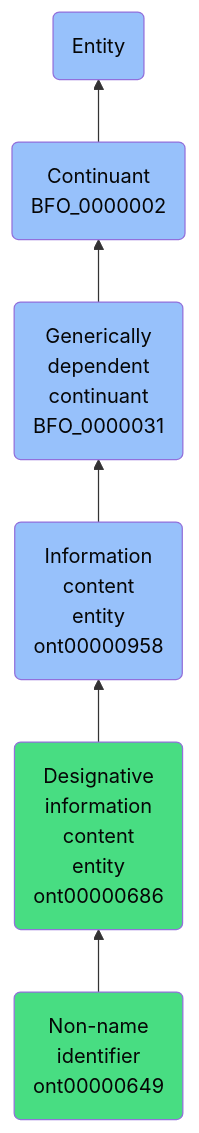
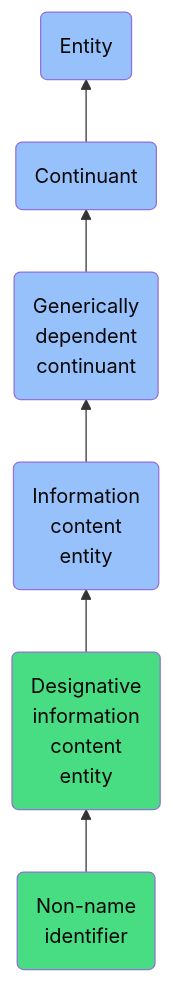
Before and after one commit to jupyter-naas/abi: the diagram in docs/ontology/reference/model/Entity/Continuant/Generically dependent continuant/Information content entity/Designative information content entity/Non-name identifier/Non-name identifier.md, drawn with Mermaid. The commit also changed other lines of this file and 1430 other files, not shown here.

````diff
--- a/docs/ontology/reference/model/Entity/Continuant/Generically dependent continuant/Information content entity/Designative information content entity/Non-name identifier/Non-name identifier.md
+++ b/docs/ontology/reference/model/Entity/Continuant/Generically dependent continuant/Information content entity/Designative information content entity/Non-name identifier/Non-name identifier.md
@@ -25,13 +25,13 @@
 ```mermaid
 graph BT
-    ont00000649(Non-name<br>identifier<br>ont00000649):::ABI-->ont00000686
-    ont00000686(Designative<br>information<br>content<br>entity<br>ont00000686):::ABI-->ont00000958
-    ont00000958(Information<br>content<br>entity<br>ont00000958):::BFO-->BFO_0000031
-    BFO_0000031(Generically<br>dependent<br>continuant<br>BFO_0000031):::BFO-->BFO_0000002
-    BFO_0000002(Continuant<br>BFO_0000002):::BFO-->BFO_0000001
+    ont00000649(Non-name<br>identifier):::ABI-->ont00000686
+    ont00000686(Designative<br>information<br>content<br>entity):::ABI-->ont00000958
+    ont00000958(Information<br>content<br>entity):::BFO-->BFO_0000031
+    BFO_0000031(Generically<br>dependent<br>continuant):::BFO-->BFO_0000002
+    BFO_0000002(Continuant):::BFO-->BFO_0000001
     BFO_0000001(Entity):::BFO
     
     classDef BFO fill:#97c1fb,color:#060606
     classDef CCO fill:#e4c51e,color:#060606
     classDef ABI fill:#48DD82,color:#060606
 ```
````
